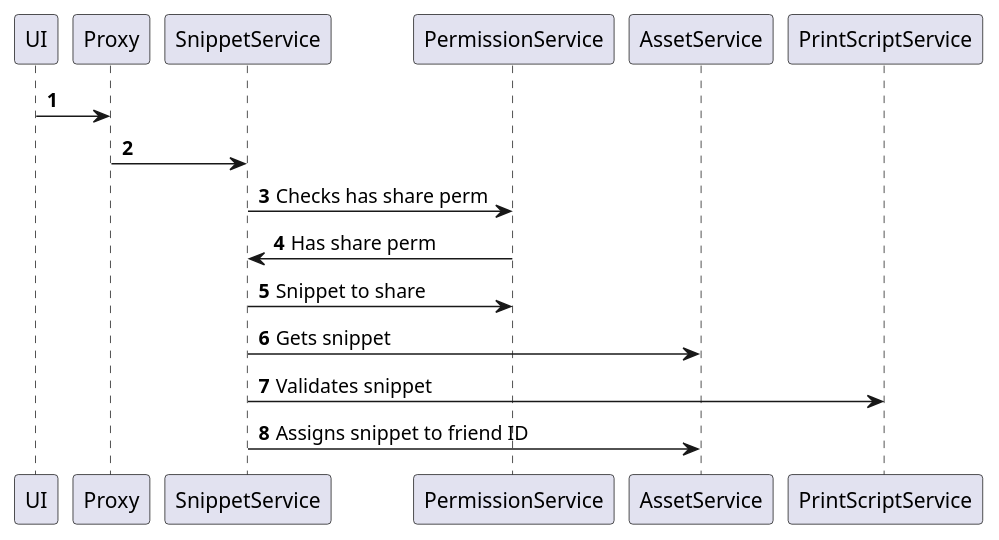
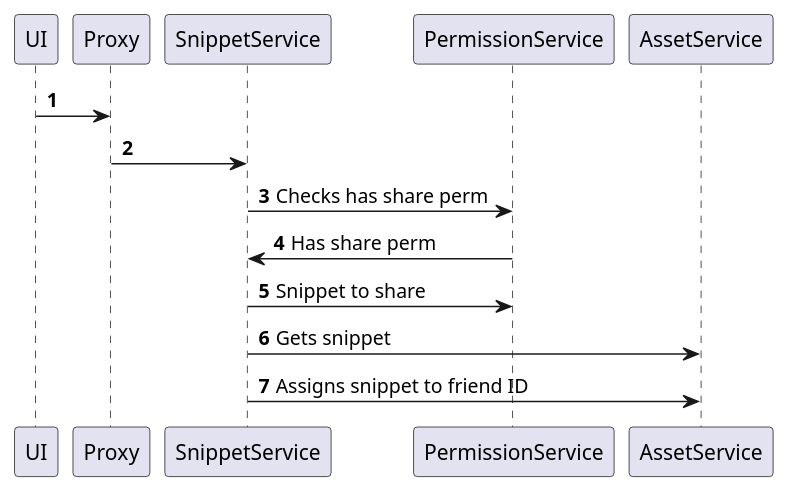
One commit to Ing-Sistemas/snippet-service changed the diagram in diagrams/ShareSnippet.puml. Above: the diagram before and after it, drawn with PlantUML. The commit also changed 81 other files, not shown here.

```diff
--- a/diagrams/ShareSnippet.puml
+++ b/diagrams/ShareSnippet.puml
@@ -1,15 +1,14 @@
 @startuml
 'https://plantuml.com/sequence-diagram
 
 autonumber
 
 UI -> Proxy
 Proxy -> SnippetService
 
 SnippetService -> PermissionService: Checks has share perm
 PermissionService -> SnippetService: Has share perm
 SnippetService -> PermissionService: Snippet to share
 SnippetService -> AssetService: Gets snippet
-SnippetService -> PrintScriptService: Validates snippet
 SnippetService -> AssetService: Assigns snippet to friend ID
 @enduml
```
